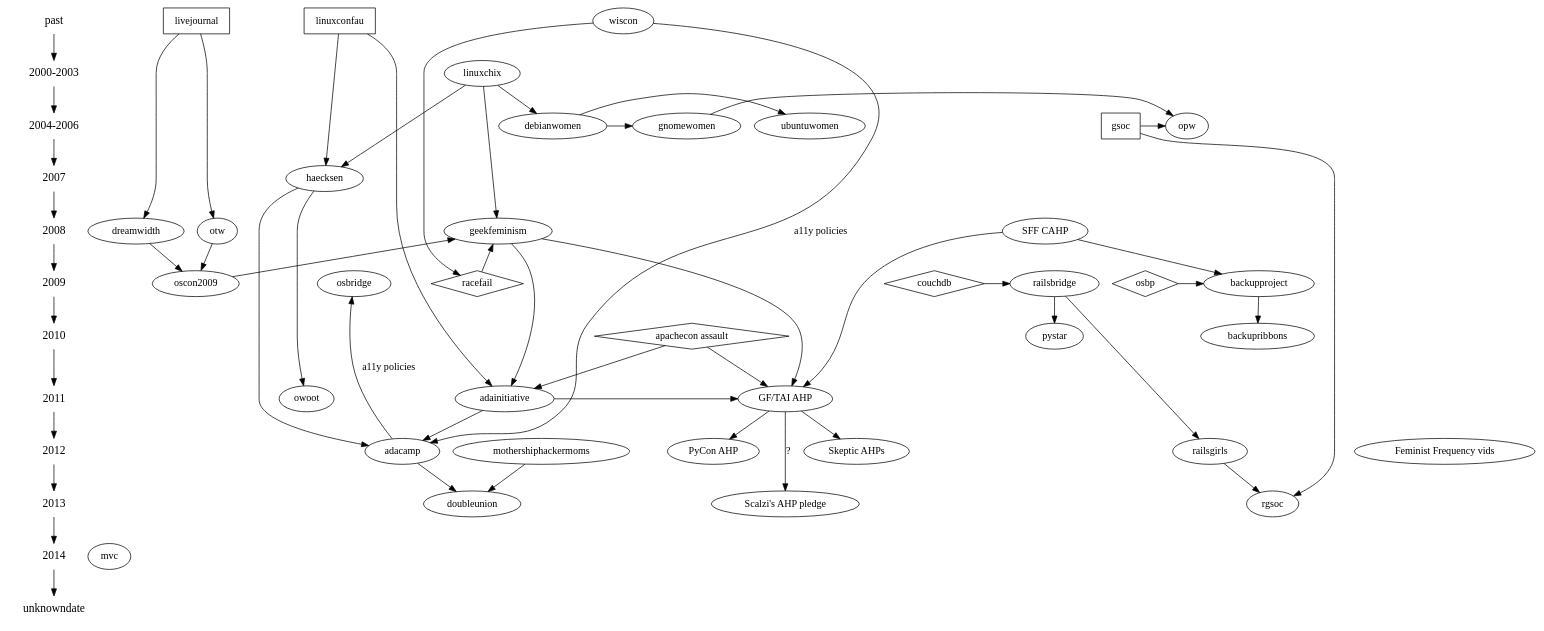
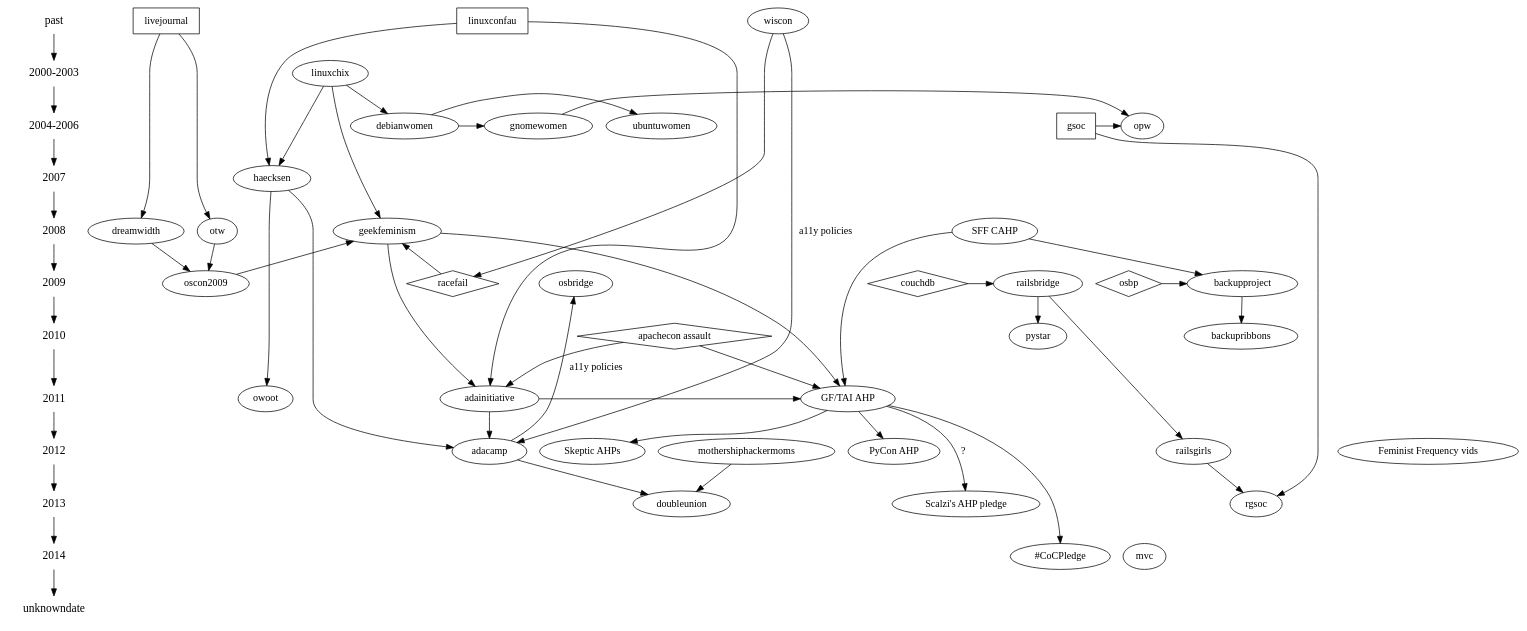
One commit to brainwane/gf-family-tree changed the diagram in gfft.dot. Above: the diagram before and after it, drawn with Graphviz. The commit also changed 1 other file, not shown here.

Commit message:
2014's #CoCPledge

```diff
--- a/gfft.dot
+++ b/gfft.dot
@@ -1,140 +1,141 @@
 digraph G {
 
   /*
      The following shapes are used for different types of things:
      oval = geek feminist/women-in-tech/etc organisation
      rectangle = orgs that aren't particularly feminist, but are influential
      diamond = event/incident (cf. GF wiki "Timeline of Incidents")
   */
 
   /*
      And this section lays out the history in terms of years.
   */
 
   {
     node [shape=plaintext, fontsize=16];
     past -> "2000-2003" -> "2004-2006" -> 2007 -> 2008 -> 2009 -> 2010 -> 2011 -> 2012 -> 2013 -> 2014 -> unknowndate;
   }
   { rank = same; past; livejournal; wiscon; linuxconfau}
   { rank = same; "2000-2003"; linuxchix; } /* roughly? */
   { rank = same; "2004-2006"; gsoc; opw; ubuntuwomen; gnomewomen; debianwomen;}
   { rank = same; 2007; haecksen; }
   { rank = same; 2008; "SFF CAHP"; geekfeminism; dreamwidth; otw; }
   { rank = same; 2009; oscon2009; racefail; couchdb; railsbridge; osbp; backupproject; osbridge; }
   { rank = same; 2010; "apachecon assault"; backupribbons;}
   { rank = same; 2011; adainitiative; "GF/TAI AHP"; owoot }
   { rank = same; 2012; adacamp; railsgirls; "Skeptic AHPs"; "PyCon AHP"; "Feminist Frequency vids";}
   { rank = same; 2013; doubleunion; rgsoc; "Scalzi's AHP pledge"; }
-  { rank = same; 2014; mvc }
+  { rank = same; 2014; mvc; "#CoCPledge"; }
   { rank = same; unknowndate; }
 
   /* Skud set up the GF wiki in 2008, mostly inspired by earlier "women
    * in open source" communities such as linuxchix */
   linuxchix -> geekfeminism;
 
   /* in 2009, Racefail introduced Skud and other GF wiki contributors to
    * a lot of new ideas */
   racefail -> geekfeminism;
   racefail [shape=diamond];
 
   /* in 2010, the Noirin Plunkett's assault at ApacheCon triggered
    * discussions about anti-harassment that would lead to the formation
    * of the Ada Initiative */
   "apachecon assault" -> adainitiative;
   "apachecon assault" [shape=diamond];
 
   /* GF (esp. volunteer burnout) was an influence on TAI */
   geekfeminism -> adainitiative;
 
   /* The first TAI discussions were held at LCA */
   linuxconfau -> adainitiative;
   linuxconfau [shape=rectangle];
 
   /* TAI wrote the first conf anti-harassment poilcy in response to the
    * apachecon assault */
   "apachecon assault" -> "GF/TAI AHP"
   "geekfeminism" -> "GF/TAI AHP"
   "adainitiative" -> "GF/TAI AHP"
 
   /* The Con Anti-Harassment Policy (out of SFF fandom) also inspired it */
   "SFF CAHP" -> "GF/TAI AHP"
 
   /* Vaguely related: Open Source Boob Project and Backup Project */
   osbp -> backupproject
   osbp [shape=diamond]
   "SFF CAHP" -> backupproject
   backupproject -> backupribbons;
 
   /* The GF/TAI AHP inspired the PyCon variant */
   "GF/TAI AHP" -> "PyCon AHP";
 
   /* The GF/TAI AHP inspired the skeptic variants */
-  "GF/TAI AHP" -> "Skeptic AHPs"
+  "GF/TAI AHP" -> "Skeptic AHPs";
+  "GF/TAI AHP" -> "#CoCPledge";
 
   /* Causation here is less clear. */
   "GF/TAI AHP" -> "Scalzi's AHP pledge" [label="?"];
 
   adainitiative -> adacamp;
 
   /* Adacamp was inspired in some ways by Wiscon, eg. accessibility */
   wiscon -> adacamp [label="a11y policies"];
   /* and then open source bridge picked up some of that from adacamp */
   adacamp -> osbridge [label="a11y policies"];
 
   /* DoubleUnion came out of AdaCamp SF in 2013 */
   adacamp -> doubleunion;
   /* pretty sure mothership hackermoms was also an inspiration? */
   mothershiphackermoms -> doubleunion;
 
   /* Various early women-in-open-source mailing lists etc */
   linuxchix -> debianwomen;
   debianwomen -> ubuntuwomen;
   /* Direct ancestry, because Hanna Wallach did debianwomen first and
    * then GNOME Women, and was never a big participant in LinuxChix*/
   debianwomen -> gnomewomen;
   haecksen -> owoot;
 
   /* Gnome Outreach Program for Women, now FOSS OPW */
   gnomewomen -> opw;
   /* "The Outreach Program for Women (OPW) was inspired by Google's
    * Summer of Code and by how few women applied for it."
    * via gnome.org/opw (why can't I include double slashes in a comment?)
    */
   gsoc -> opw;
   gsoc [shape=rectangle]
 
   /* LinuxChix inspired the Haecksen miniconf at LCA */
   linuxchix -> haecksen;
   linuxconfau -> haecksen;
 
   /* Both creations of Mary Gardiner's, one of the inputs to AdaCamp is
      what wasn't possible with Haecksen */
   haecksen -> adacamp;
 
   /* RailsBridge happened in response to the CouchDB incident at
    * GoGaRuCo */
   couchdb -> railsbridge;
   couchdb [shape=diamond];
   railsbridge -> pystar;
   railsbridge -> railsgirls;
 
   /* There's now a rails girls summer of code */
 
   railsgirls -> rgsoc;
   gsoc -> rgsoc;
 
   wiscon -> racefail;
 
   /* Livejournal (esp. their fail) inspired DW and OTW */
   livejournal -> dreamwidth;
   livejournal -> otw;
   livejournal [shape=rectangle]
 
   /* Dreamwidth and OTW inspired Skud's 2009 OSCON keynote */
   dreamwidth -> oscon2009;
   otw -> oscon2009;
 
   /* GF blog came out of the oscon2009 keynote, as a place to have
    * ongoing conversations */
   oscon2009 -> geekfeminism;
 }
```
